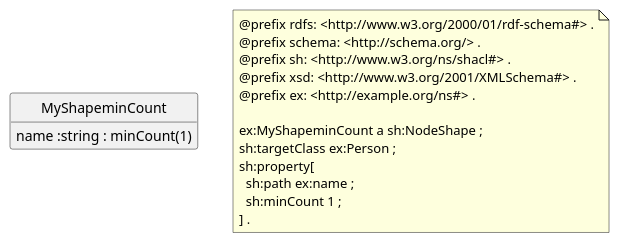
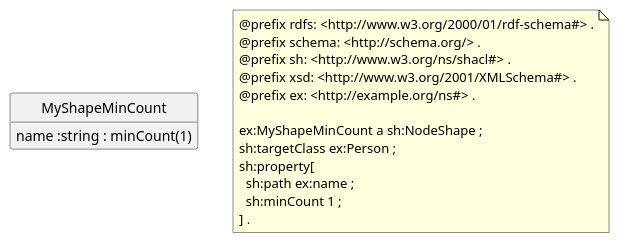
The diagram in shacl-diagram/src/specs/06-minCount/expected.iuml (sparna-git/shacl-play), drawn with PlantUML before and after one commit. The commit also changed 38 other files, not shown here.

```diff
--- a/shacl-diagram/src/specs/06-minCount/expected.iuml
+++ b/shacl-diagram/src/specs/06-minCount/expected.iuml
@@ -1,22 +1,22 @@
 @startuml
-class "MyShapeminCount" 
-"MyShapeminCount" : name :string : minCount(1)
+class "MyShapeMinCount" 
+"MyShapeMinCount" : name :string : minCount(1)
 
 note as N1
 @prefix rdfs: <http://www.w3.org/2000/01/rdf-schema#> .
 @prefix schema: <http://schema.org/> .
 @prefix sh: <http://www.w3.org/ns/shacl#> .
 @prefix xsd: <http://www.w3.org/2001/XMLSchema#> .
 @prefix ex: <http://example.org/ns#> .
 
-ex:MyShapeminCount a sh:NodeShape ;
+ex:MyShapeMinCount a sh:NodeShape ;
 sh:targetClass ex:Person ;
 sh:property[
   sh:path ex:name ;
   sh:minCount 1 ;
 ] .
 end note
 
 hide circle
 hide empty members
 @enduml
```
